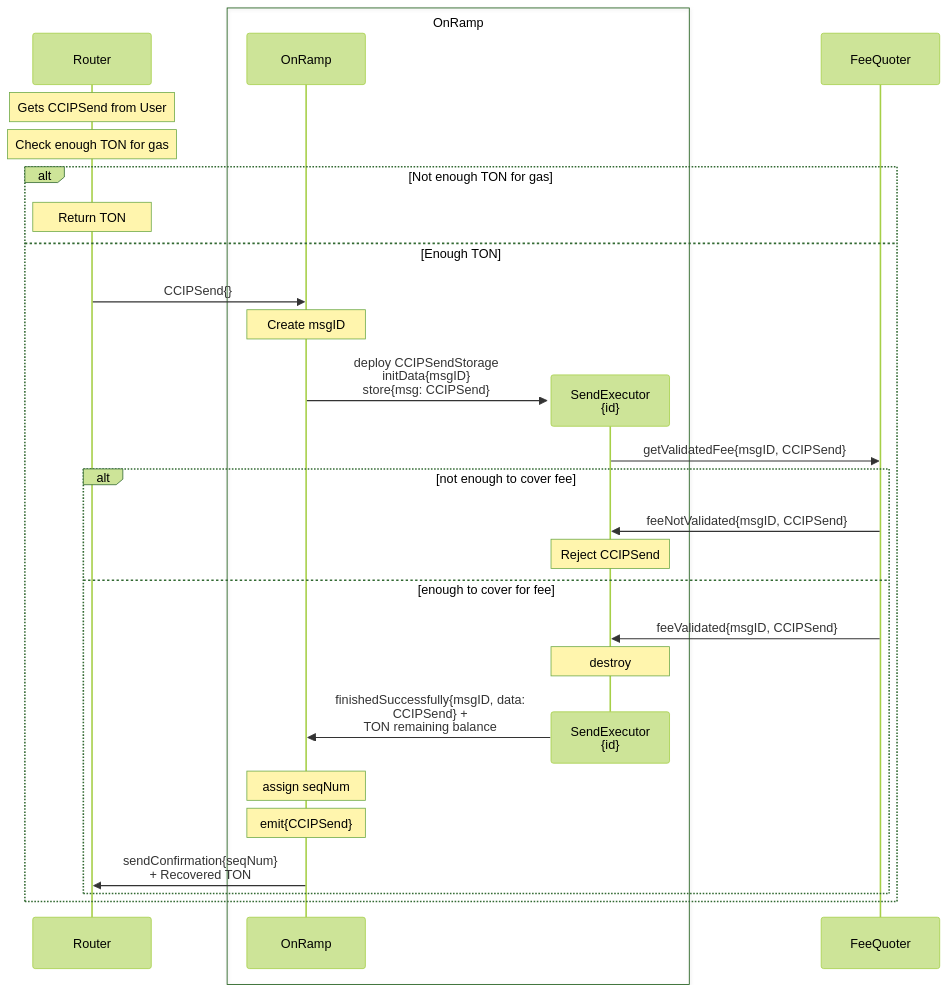
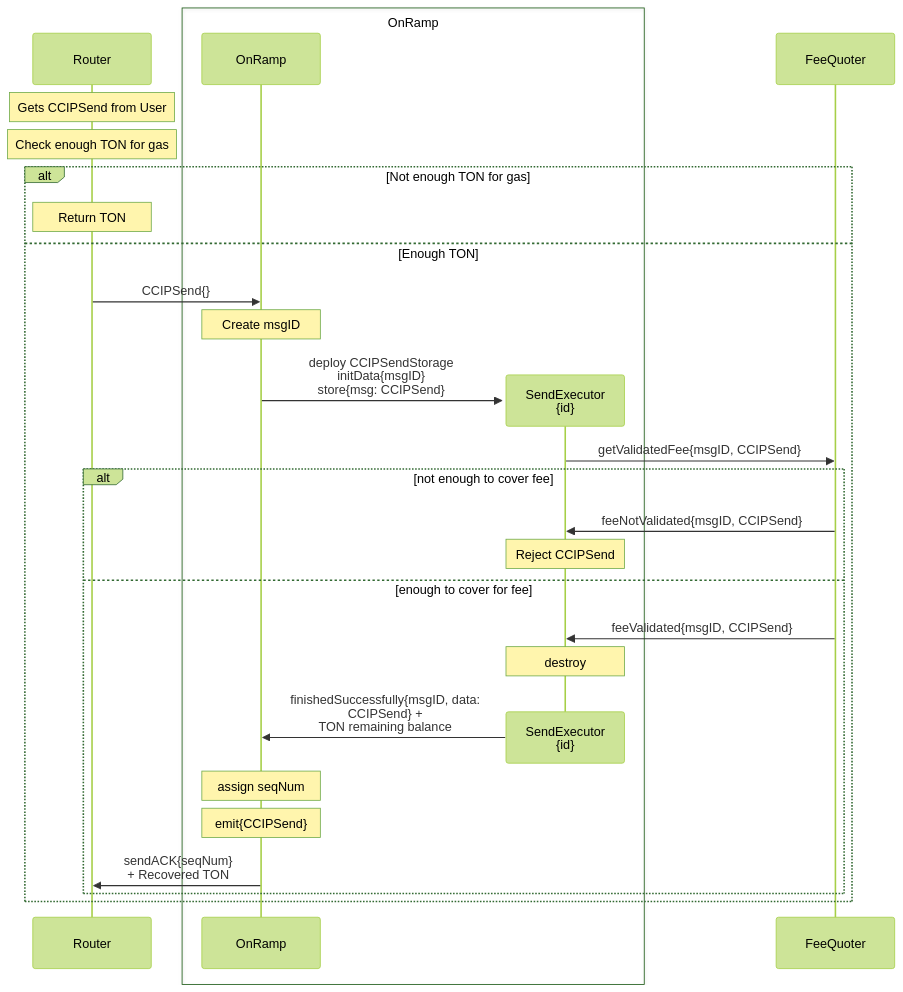
Before and after one commit to smartcontractkit/chainlink-ton: the first of 2 diagrams in docs/contracts/ccip/flow/onramp/arbitrary-msg.md, drawn with Mermaid (forest theme). The commit also changed 7 other files, not shown here.

````diff
--- a/docs/contracts/ccip/flow/onramp/arbitrary-msg.md
+++ b/docs/contracts/ccip/flow/onramp/arbitrary-msg.md
@@ -5,41 +5,41 @@
 ```mermaid
 sequenceDiagram
     participant R as Router
 
     Note over R: Gets CCIPSend from User
     Note over R: Check enough TON for gas 
     alt Not enough TON for gas
     Note over R: Return TON
     else Enough TON
 
     R ->> OR: CCIPSend{}
     
     Note over OR: Create msgID
     create participant ORM
     OR ->> ORM: deploy CCIPSendStorage <br>initData{msgID}<br>store{msg: CCIPSend}
 
     box OnRamp
     participant OR as OnRamp
     participant ORM as SendExecutor<br>{id}
     end
 
     participant FQ as FeeQuoter
 
     ORM ->> FQ: getValidatedFee{msgID, CCIPSend}
 
 
     alt not enough to cover fee
     FQ ->> ORM: feeNotValidated{msgID, CCIPSend}
     Note over ORM: Reject CCIPSend
 
     else enough to cover for fee
     FQ ->> ORM: feeValidated{msgID, CCIPSend}
     Note over ORM: destroy
     destroy ORM
     ORM ->> OR: finishedSuccessfully{msgID, data:<br>CCIPSend} +<br>TON remaining balance
     note over OR: assign seqNum
     note over OR: emit{CCIPSend}
-    OR ->> R: sendConfirmation{seqNum}<br>+ Recovered TON
+    OR ->> R: sendACK{seqNum}<br>+ Recovered TON
     end
     end
 ```
````
